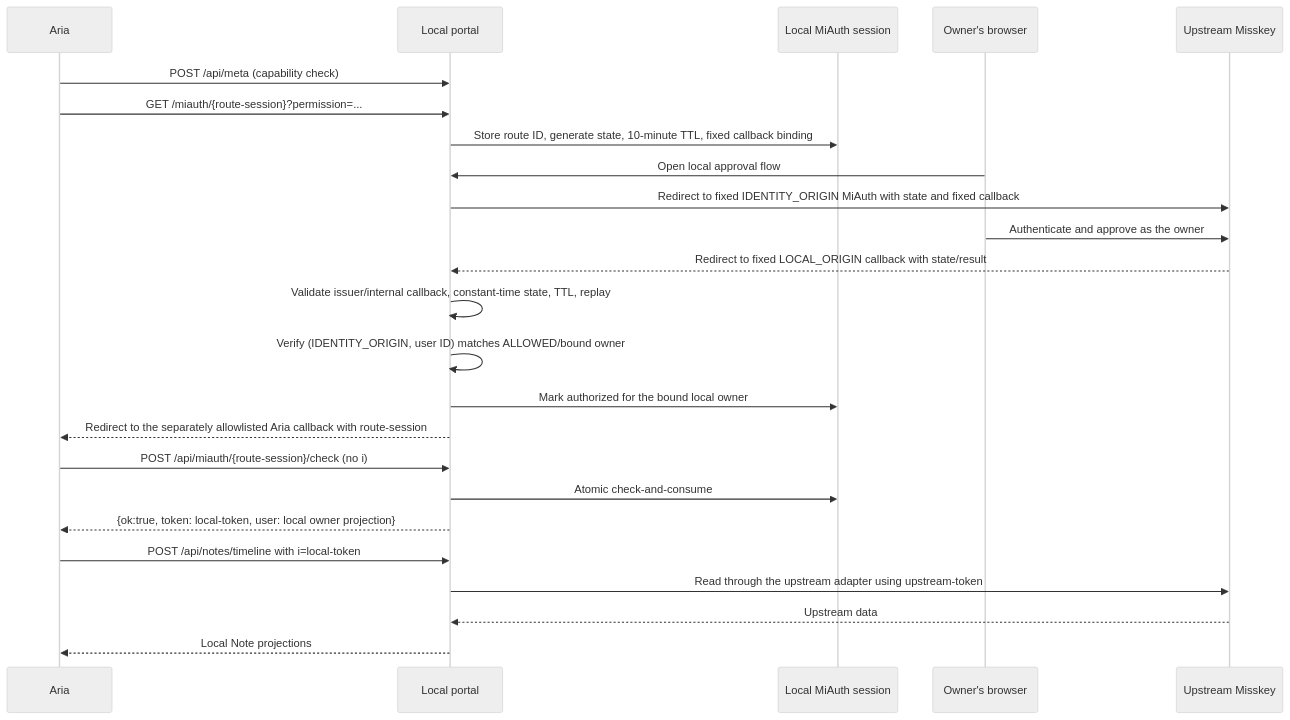
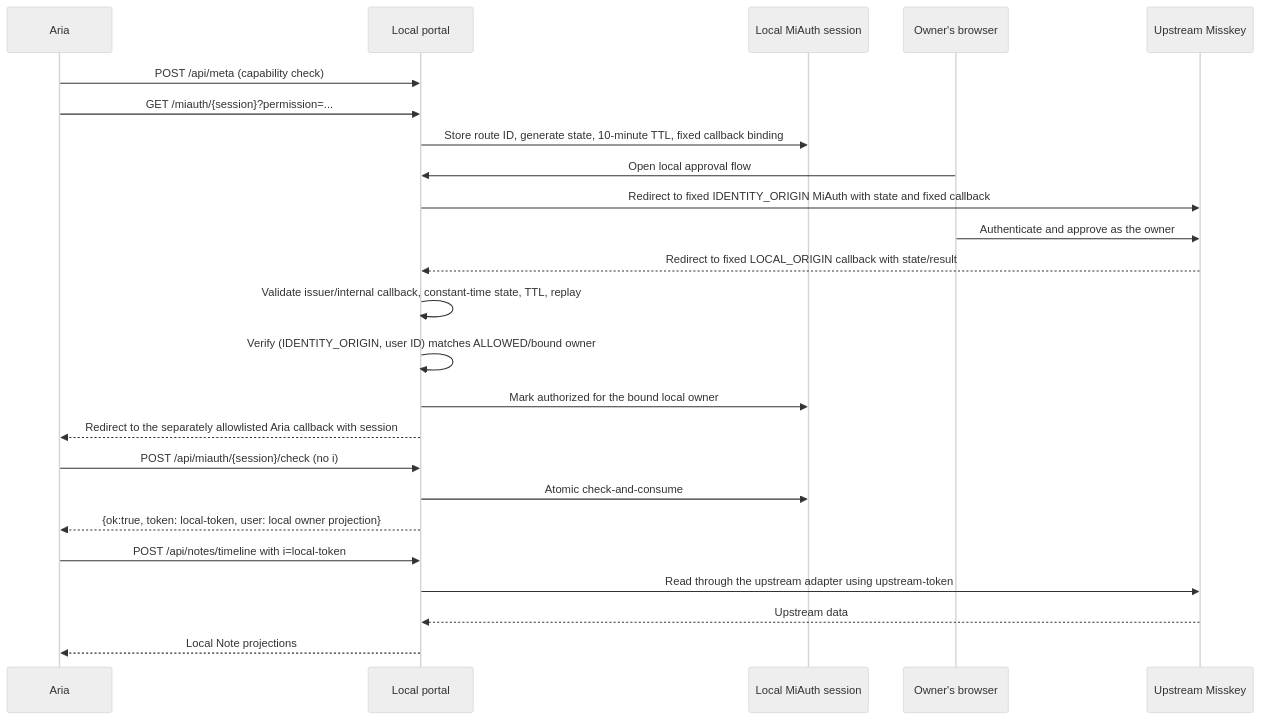
One commit to nananek/miauth-private-portal changed the diagram in docs/decisions/0001-auth-topology.md. Above: the diagram before and after it, drawn with Mermaid (neutral theme). The commit also changed other lines of this file and 3 other files, not shown here.

````diff
--- a/docs/decisions/0001-auth-topology.md
+++ b/docs/decisions/0001-auth-topology.md
@@ -170,27 +170,27 @@
 ```mermaid
 sequenceDiagram
     participant A as Aria
     participant L as Local portal
     participant B as Local MiAuth session
     participant O as Owner's browser
     participant U as Upstream Misskey
 
     A->>L: POST /api/meta (capability check)
-    A->>L: GET /miauth/{route-session}?permission=...
+    A->>L: GET /miauth/{session}?permission=...
     L->>B: Store route ID, generate state, 10-minute TTL, fixed callback binding
     O->>L: Open local approval flow
     L->>U: Redirect to fixed IDENTITY_ORIGIN MiAuth with state and fixed callback
     O->>U: Authenticate and approve as the owner
     U-->>L: Redirect to fixed LOCAL_ORIGIN callback with state/result
     L->>L: Validate issuer/internal callback, constant-time state, TTL, replay
     L->>L: Verify (IDENTITY_ORIGIN, user ID) matches ALLOWED/bound owner
     L->>B: Mark authorized for the bound local owner
-    L-->>A: Redirect to the separately allowlisted Aria callback with route-session
-    A->>L: POST /api/miauth/{route-session}/check (no i)
+    L-->>A: Redirect to the separately allowlisted Aria callback with session
+    A->>L: POST /api/miauth/{session}/check (no i)
     L->>B: Atomic check-and-consume
     L-->>A: {ok:true, token: local-token, user: local owner projection}
     A->>L: POST /api/notes/timeline with i=local-token
     L->>U: Read through the upstream adapter using upstream-token
     U-->>L: Upstream data
     L-->>A: Local Note projections
 ```
````
